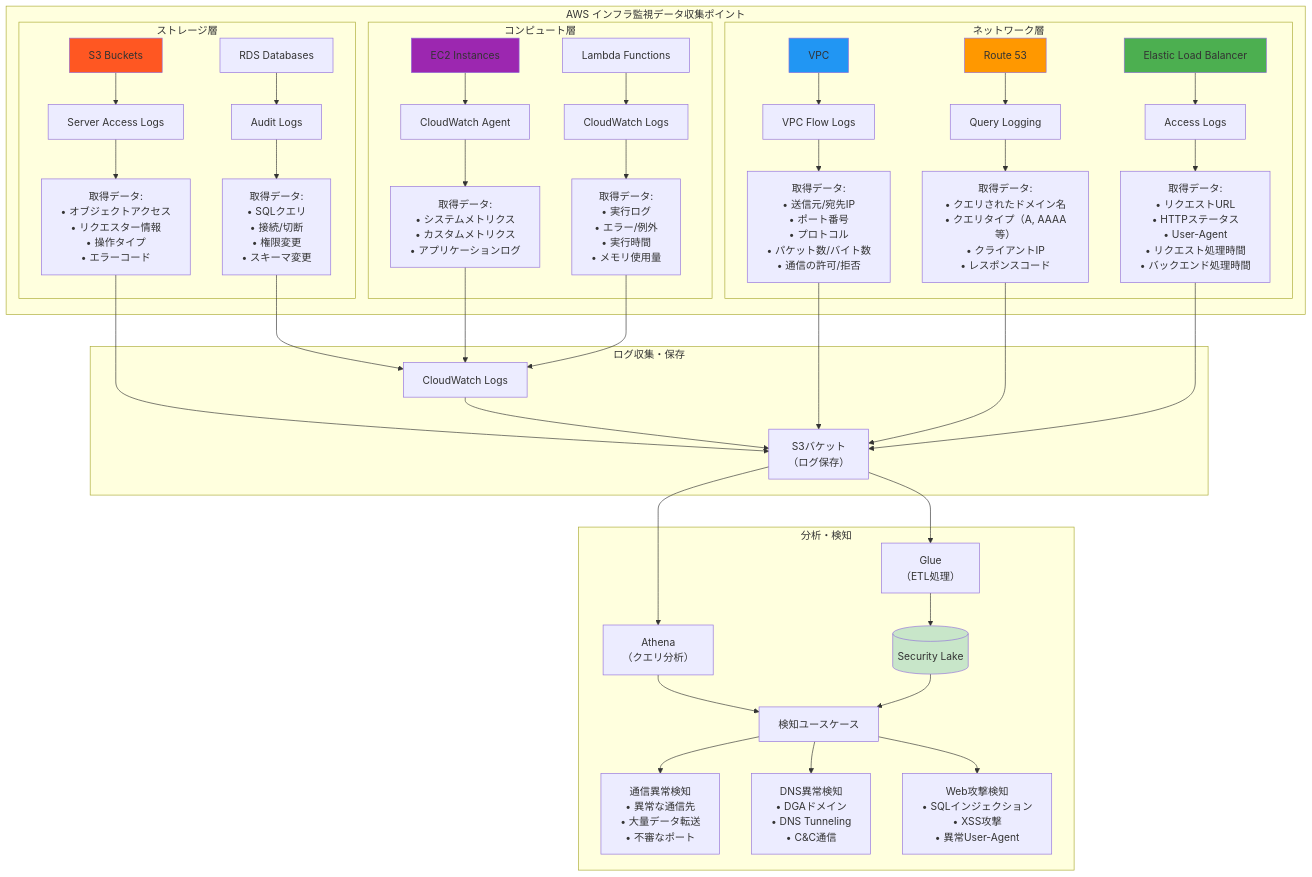
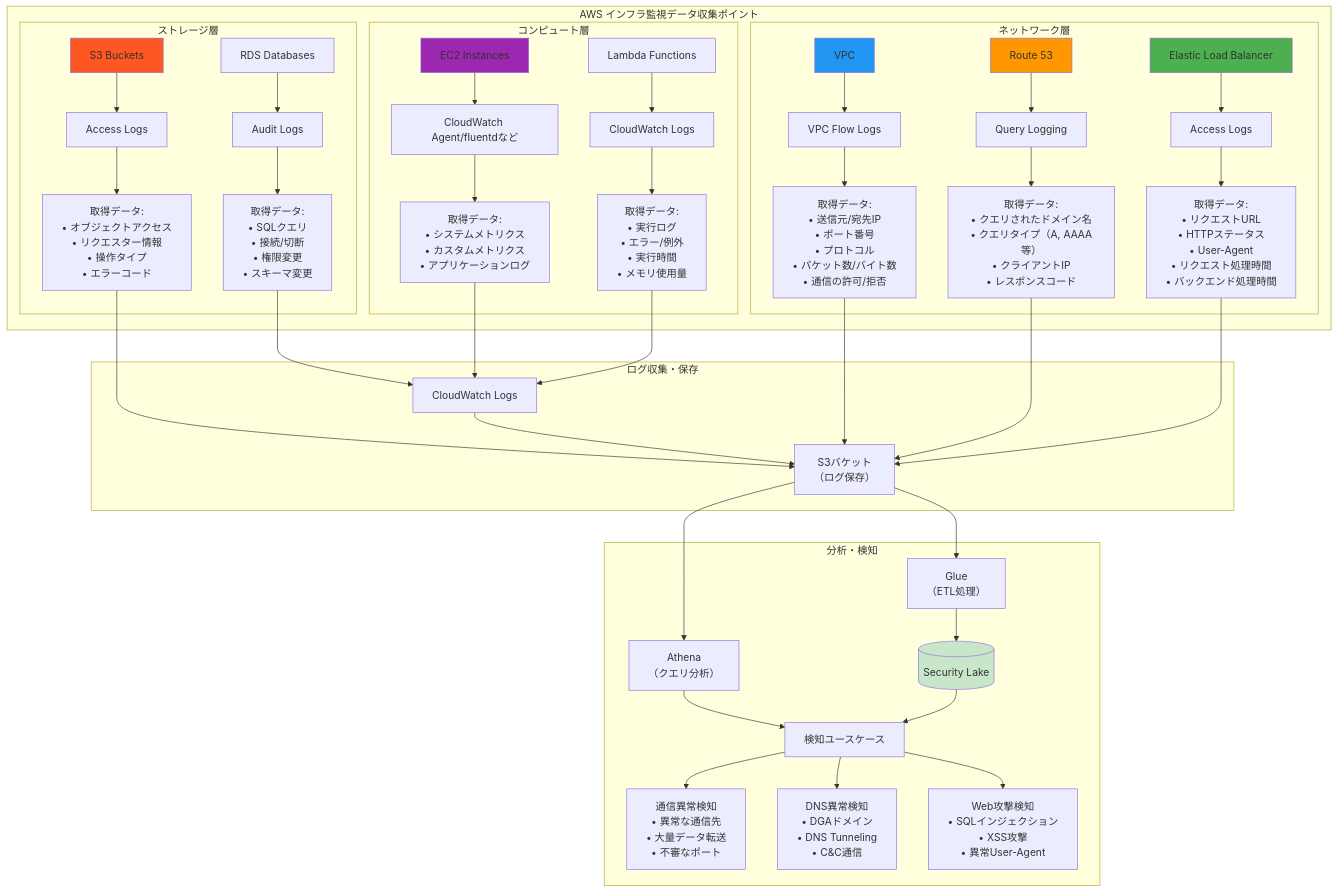
The diagram in docs/02_managed_services_and_custom_detection.md (m-mizutani/seccamp-2025-b1), drawn with Mermaid before and after one commit. The commit also changed other lines of this file and 7 other files, not shown here.

Commit message:
ドキュメント更新: セキュリティ関連の内容を整理し、明確化を図る

````diff
--- a/docs/02_managed_services_and_custom_detection.md
+++ b/docs/02_managed_services_and_custom_detection.md
@@ -216,71 +218,71 @@
 ```mermaid
 graph TB
     subgraph "AWS インフラ監視データ収集ポイント"
         subgraph "ネットワーク層"
             VPC[VPC]
             VPC --> VPCFL[VPC Flow Logs]
             VPCFL --> VPCFL_DATA[取得データ:<br/>• 送信元/宛先IP<br/>• ポート番号<br/>• プロトコル<br/>• パケット数/バイト数<br/>• 通信の許可/拒否]
             
             R53[Route 53]
             R53 --> R53QL[Query Logging]
             R53QL --> R53_DATA[取得データ:<br/>• クエリされたドメイン名<br/>• クエリタイプ（A, AAAA等）<br/>• クライアントIP<br/>• レスポンスコード]
             
             ELB[Elastic Load Balancer]
             ELB --> ELBAL[Access Logs]
             ELBAL --> ELB_DATA[取得データ:<br/>• リクエストURL<br/>• HTTPステータス<br/>• User-Agent<br/>• リクエスト処理時間<br/>• バックエンド処理時間]
         end
         
         subgraph "コンピュート層"
             EC2[EC2 Instances]
-            EC2 --> CWA[CloudWatch Agent]
+            EC2 --> CWA[CloudWatch Agent/fluentdなど]
             CWA --> CW_DATA[取得データ:<br/>• システムメトリクス<br/>• カスタムメトリクス<br/>• アプリケーションログ]
             
             LAMBDA[Lambda Functions]
             LAMBDA --> CWL[CloudWatch Logs]
             CWL --> LAMBDA_DATA[取得データ:<br/>• 実行ログ<br/>• エラー/例外<br/>• 実行時間<br/>• メモリ使用量]
         end
         
         subgraph "ストレージ層"
             S3[S3 Buckets]
-            S3 --> S3AL[Server Access Logs]
+            S3 --> S3AL[Access Logs]
             S3AL --> S3_DATA[取得データ:<br/>• オブジェクトアクセス<br/>• リクエスター情報<br/>• 操作タイプ<br/>• エラーコード]
             
             RDS[RDS Databases]
             RDS --> RDSAL[Audit Logs]
             RDSAL --> RDS_DATA[取得データ:<br/>• SQLクエリ<br/>• 接続/切断<br/>• 権限変更<br/>• スキーマ変更]
         end
     end
     
     subgraph "ログ収集・保存"
         VPCFL_DATA --> S3_BUCKET[S3バケット<br/>（ログ保存）]
         R53_DATA --> S3_BUCKET
         ELB_DATA --> S3_BUCKET
         S3_DATA --> S3_BUCKET
         
         CW_DATA --> CWLOGS[CloudWatch Logs]
         LAMBDA_DATA --> CWLOGS
         RDS_DATA --> CWLOGS
         
         CWLOGS --> S3_BUCKET
     end
     
     subgraph "分析・検知"
         S3_BUCKET --> ATHENA[Athena<br/>（クエリ分析）]
         S3_BUCKET --> GLUE[Glue<br/>（ETL処理）]
         GLUE --> LAKE[(Security Lake)]
         
         ATHENA --> DETECT[検知ユースケース]
         LAKE --> DETECT
         
         DETECT --> USE1[通信異常検知<br/>• 異常な通信先<br/>• 大量データ転送<br/>• 不審なポート]
         DETECT --> USE2[DNS異常検知<br/>• DGAドメイン<br/>• DNS Tunneling<br/>• C&C通信]
         DETECT --> USE3[Web攻撃検知<br/>• SQLインジェクション<br/>• XSS攻撃<br/>• 異常User-Agent]
     end
     
     style VPC fill:#2196f3
     style R53 fill:#ff9800
     style ELB fill:#4caf50
     style EC2 fill:#9c27b0
     style S3 fill:#ff5722
     style LAKE fill:#c8e6c9
 ```
````
